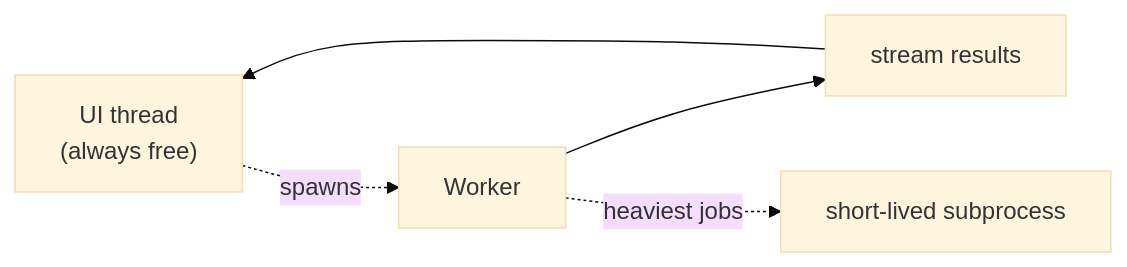
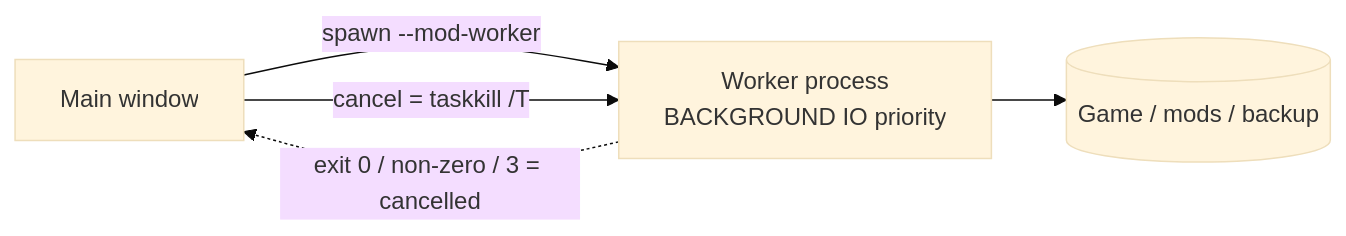
Before and after one commit to FreeProject089/BMM-Docs: the second of 2 diagrams in docs/how-it-works/performance.md, drawn with Mermaid (base theme). The commit also changed other lines of this file and 7 other files, not shown here.

````diff
--- a/docs/how-it-works/performance.md
+++ b/docs/how-it-works/performance.md
@@ -26,7 +71,7 @@
 ```mermaid
 flowchart LR
-    UI["UI thread<br/>(always free)"] -. spawns .-> WORKER["Worker"]
-    WORKER --> STREAM["stream results"]
-    STREAM --> UI
-    WORKER -. "heaviest jobs" .-> SUB["short-lived subprocess"]
+    UI["Main window"] -- "spawn --mod-worker" --> W["Worker process<br/>BACKGROUND IO priority"]
+    W --> OS[("Game / mods / backup")]
+    UI -- "cancel = taskkill /T" --> W
+    W -. "exit 0 / non-zero / 3 = cancelled" .-> UI
 ```
````
